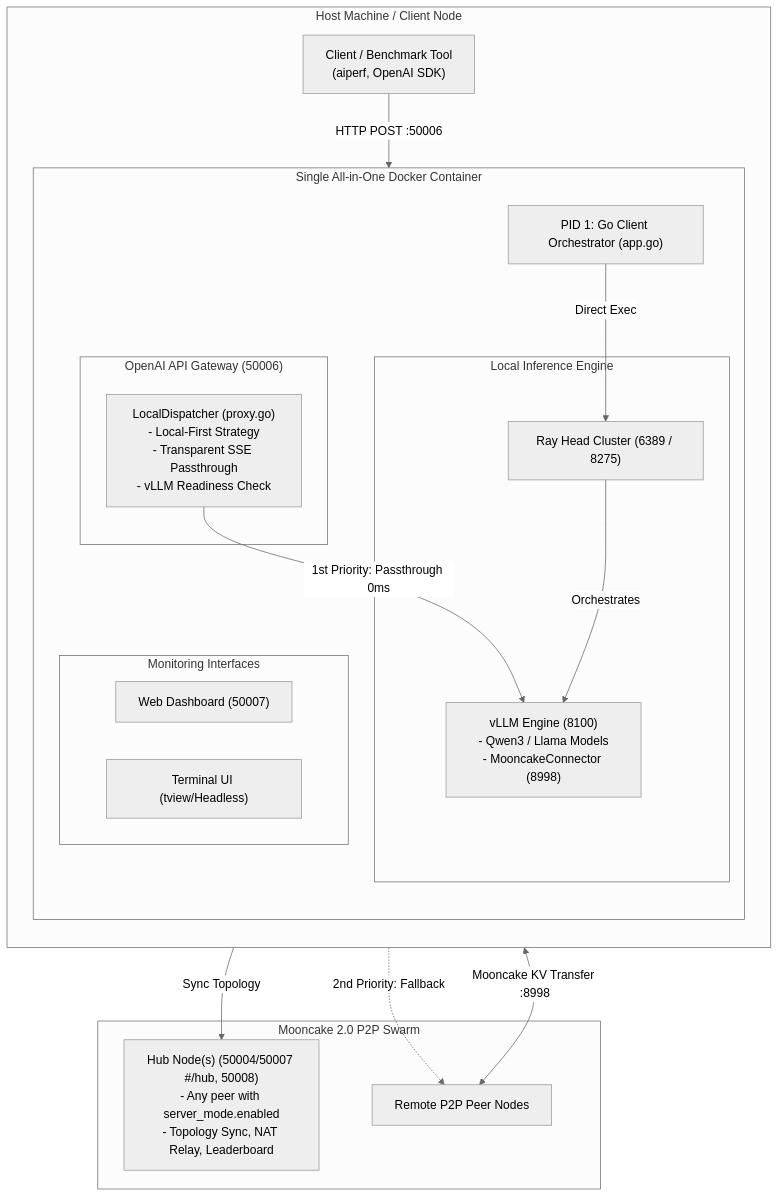
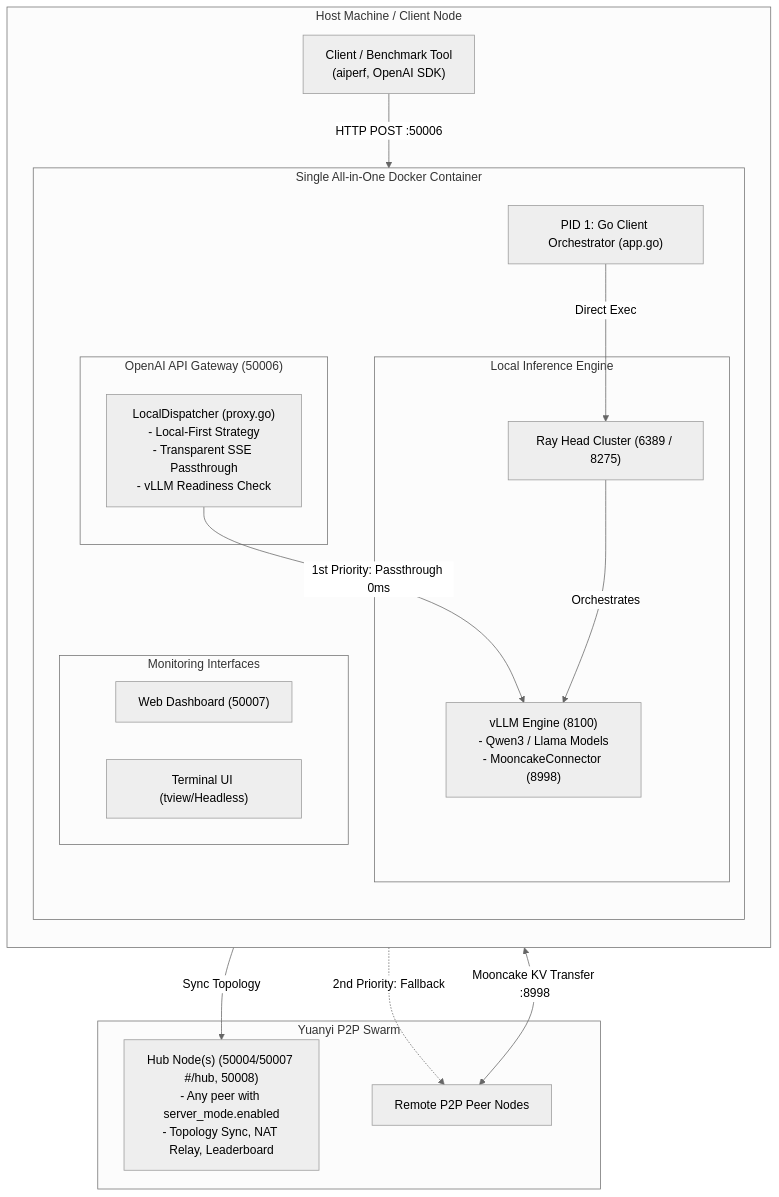
Before and after one commit to lhu-csie-dclab/yuanyi: the diagram in README.md, drawn with Mermaid (neutral theme). The commit also changed other lines of this file and 43 other files, not shown here.

First line of the commit message:
rebrand: rename project branding from Mooncake 2.0 to Yuanyi

````diff
--- a/README.md
+++ b/README.md
@@ -85,39 +85,39 @@
 ```mermaid
 flowchart TB
     subgraph ClientHost["Host Machine / Client Node"]
         direction TB
         APICaller["Client / Benchmark Tool\n(aiperf, OpenAI SDK)"]
         
         subgraph Container["Single All-in-One Docker Container"]
             direction TB
             GoAgent["PID 1: Go Client Orchestrator (app.go)"]
             
             subgraph GatewayLayer["OpenAI API Gateway (50006)"]
                 Dispatcher["LocalDispatcher (proxy.go)\n- Local-First Strategy\n- Transparent SSE Passthrough\n- vLLM Readiness Check"]
             end
             
             subgraph EngineLayer["Local Inference Engine"]
                 RayHead["Ray Head Cluster (6389 / 8275)"]
                 VLLM["vLLM Engine (8100)\n- Qwen3 / Llama Models\n- MooncakeConnector (8998)"]
             end
             
             subgraph Dashboards["Monitoring Interfaces"]
                 WebUI["Web Dashboard (50007)"]
                 TUI["Terminal UI (tview/Headless)"]
             end
         end
     end
     
-    subgraph Swarm["Mooncake 2.0 P2P Swarm"]
+    subgraph Swarm["Yuanyi P2P Swarm"]
         HubNode["Hub Node(s) (50004/50007 #/hub, 50008)\n- Any peer with server_mode.enabled\n- Topology Sync, NAT Relay, Leaderboard"]
         RemotePeer["Remote P2P Peer Nodes"]
     end
     
     APICaller -->|HTTP POST :50006| Dispatcher
     Dispatcher -->|1st Priority: Passthrough 0ms| VLLM
     Dispatcher -.->|2nd Priority: Fallback| RemotePeer
     GoAgent -->|Direct Exec| RayHead
     RayHead -->|Orchestrates| VLLM
     GoAgent -->|Sync Topology| HubNode
     VLLM <-->|Mooncake KV Transfer :8998| RemotePeer
 ```
````
